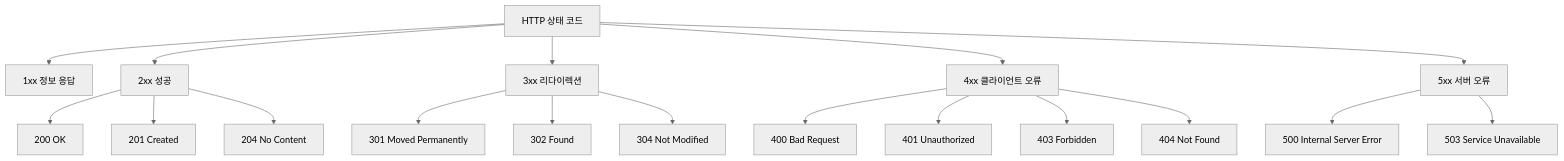
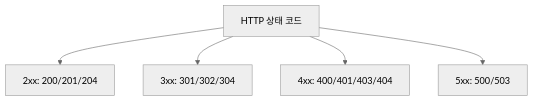
The first of 4 diagrams in _posts/http/2021-01-14-http-4.md (yjkim2015/yjkim2015.github.io), drawn with Mermaid (neutral theme) before and after one commit. The commit also changed other lines of this file and 215 other files, not shown here.

First line of the commit message:
신규 포스트 10개 추가 + Mermaid 전면 축소 + SystemDesign 시리즈 보강

````diff
--- a/_posts/http/2021-01-14-http-4.md
+++ b/_posts/http/2021-01-14-http-4.md
@@ -26,24 +26,7 @@
 ```mermaid
 graph TD
-    A["HTTP 상태 코드"] --> B["1xx 정보 응답"]
-    A --> C["2xx 성공"]
-    A --> D["3xx 리다이렉션"]
-    A --> E["4xx 클라이언트 오류"]
-    A --> F["5xx 서버 오류"]
-
-    C --> C1["200 OK"]
-    C --> C2["201 Created"]
-    C --> C3["204 No Content"]
-
-    D --> D1["301 Moved Permanently"]
-    D --> D2["302 Found"]
-    D --> D3["304 Not Modified"]
-
-    E --> E1["400 Bad Request"]
-    E --> E2["401 Unauthorized"]
-    E --> E3["403 Forbidden"]
-    E --> E4["404 Not Found"]
-
-    F --> F1["500 Internal Server Error"]
-    F --> F2["503 Service Unavailable"]
+    A["HTTP 상태 코드"] --> C["2xx: 200/201/204"]
+    A --> D["3xx: 301/302/304"]
+    A --> E["4xx: 400/401/403/404"]
+    A --> F["5xx: 500/503"]
 ```
````
